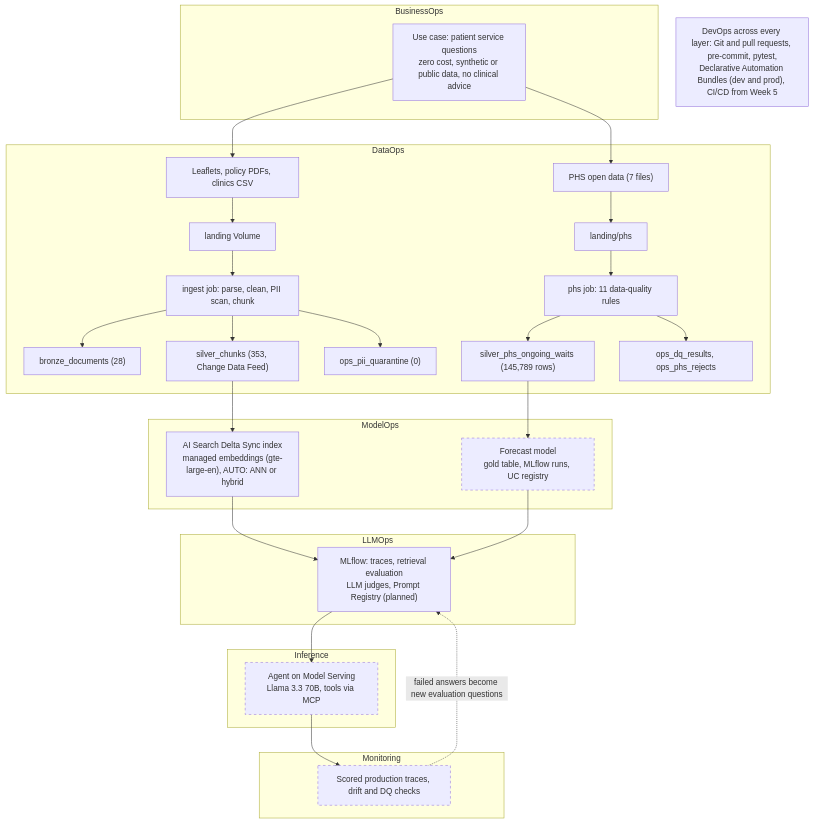
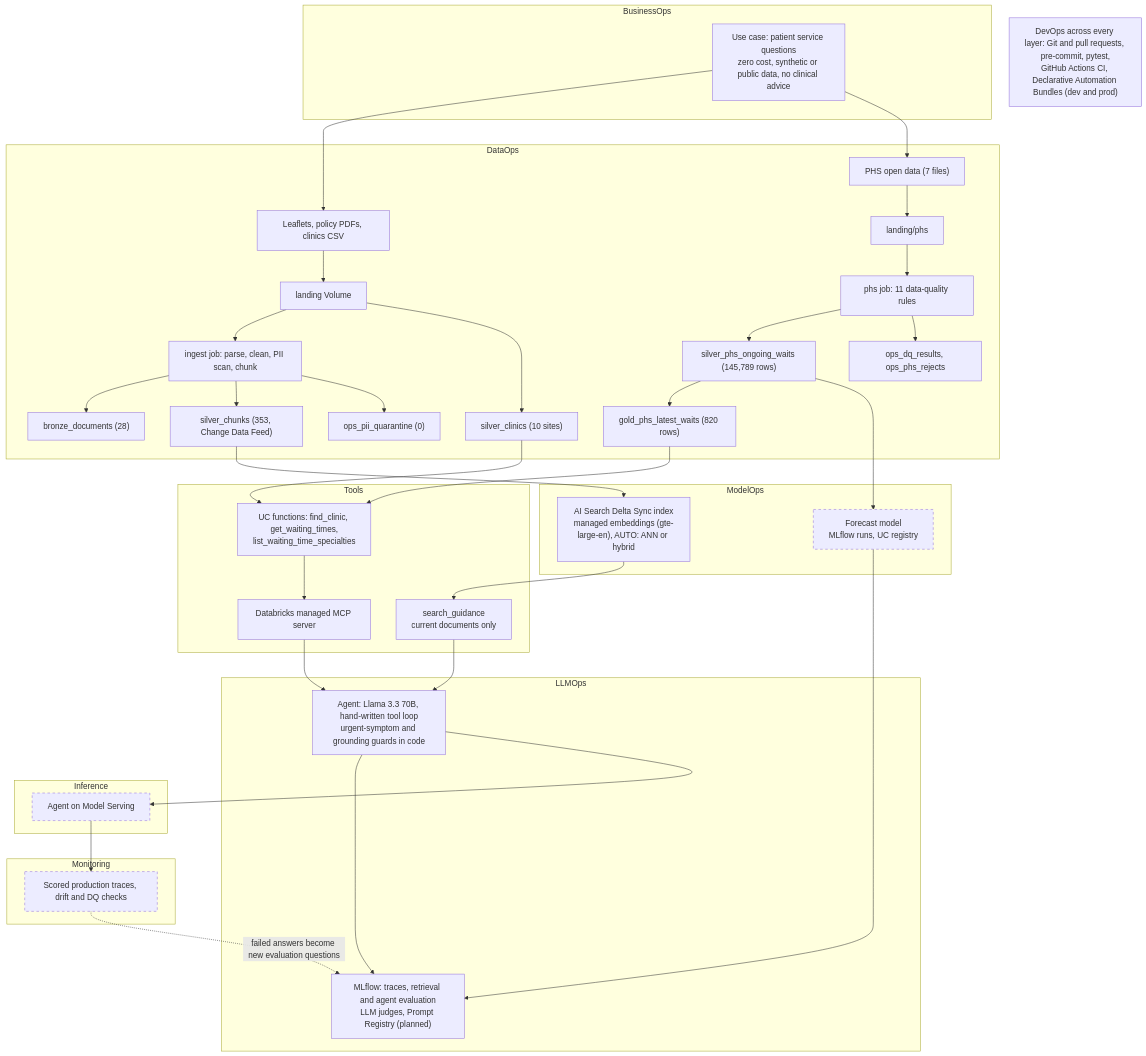
One commit to dmishra27/careconnect-navigator changed the diagram in README.md. Above: the diagram before and after it, drawn with Mermaid. The commit also changed other lines of this file, not shown here.

First line of the commit message:
README: Week 3 done, agent section and results, 176 tests

````diff
--- a/README.md
+++ b/README.md
@@ -35,49 +36,64 @@
 ```mermaid
 flowchart TB
     subgraph BIZ["BusinessOps"]
         UC["Use case: patient service questions<br/>zero cost, synthetic or public data, no clinical advice"]
     end
 
     subgraph DATA["DataOps"]
         SRC1["Leaflets, policy PDFs, clinics CSV"] --> VOL1["landing Volume"]
         VOL1 --> ING["ingest job: parse, clean, PII scan, chunk"]
         ING --> BR["bronze_documents (28)"]
         ING --> SV["silver_chunks (353, Change Data Feed)"]
         ING --> Q["ops_pii_quarantine (0)"]
+        VOL1 --> CL["silver_clinics (10 sites)"]
         SRC2["PHS open data (7 files)"] --> VOL2["landing/phs"]
         VOL2 --> PJ["phs job: 11 data-quality rules"]
         PJ --> PS["silver_phs_ongoing_waits (145,789 rows)"]
         PJ --> DQ["ops_dq_results, ops_phs_rejects"]
+        PS --> GD["gold_phs_latest_waits (820 rows)"]
     end
 
     subgraph MODEL["ModelOps"]
         IDX["AI Search Delta Sync index<br/>managed embeddings (gte-large-en), AUTO: ANN or hybrid"]
-        FC["Forecast model<br/>gold table, MLflow runs, UC registry"]:::planned
+        FC["Forecast model<br/>MLflow runs, UC registry"]:::planned
+    end
+
+    subgraph TOOLS["Tools"]
+        SG["search_guidance<br/>current documents only"]
+        UCF["UC functions: find_clinic, get_waiting_times,<br/>list_waiting_time_specialties"]
+        MCP["Databricks managed MCP server"]
     end
 
     subgraph LLM["LLMOps"]
-        MLF["MLflow: traces, retrieval evaluation<br/>LLM judges, Prompt Registry (planned)"]
+        AG["Agent: Llama 3.3 70B, hand-written tool loop<br/>urgent-symptom and grounding guards in code"]
+        MLF["MLflow: traces, retrieval and agent evaluation<br/>LLM judges, Prompt Registry (planned)"]
     end
 
     subgraph INF["Inference"]
-        AG["Agent on Model Serving<br/>Llama 3.3 70B, tools via MCP"]:::planned
+        SRV["Agent on Model Serving"]:::planned
     end
 
     subgraph MON["Monitoring"]
         M["Scored production traces, drift and DQ checks"]:::planned
     end
 
     UC --> SRC1
     UC --> SRC2
     SV --> IDX
+    IDX --> SG
+    CL --> UCF
+    GD --> UCF
+    UCF --> MCP
     PS --> FC
-    IDX --> MLF
+    SG --> AG
+    MCP --> AG
+    AG --> MLF
     FC --> MLF
-    MLF --> AG
-    AG --> M
+    AG --> SRV
+    SRV --> M
     M -. "failed answers become new evaluation questions" .-> MLF
 
-    DEV["DevOps across every layer: Git and pull requests, pre-commit, pytest,<br/>Declarative Automation Bundles (dev and prod), CI/CD from Week 5"]
+    DEV["DevOps across every layer: Git and pull requests, pre-commit, pytest,<br/>GitHub Actions CI, Declarative Automation Bundles (dev and prod)"]
 
     classDef planned stroke-dasharray: 5 5
 ```
````
